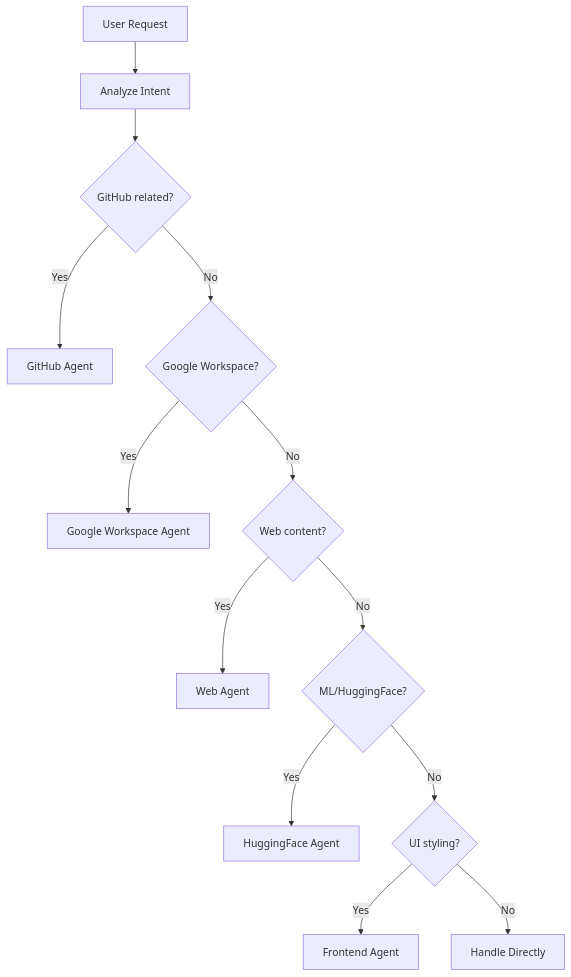
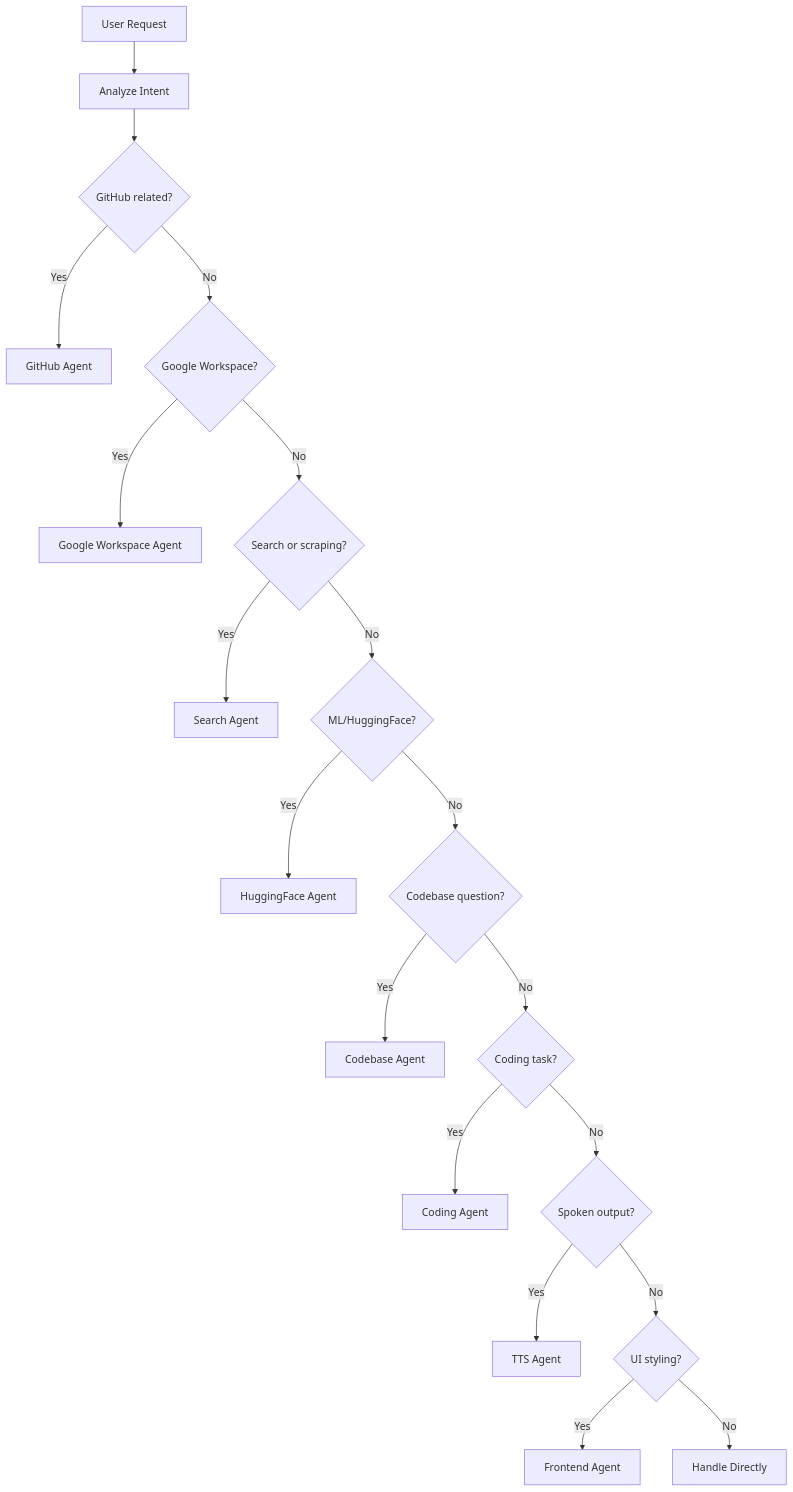
One commit to DeepStackers-Bil496/multi-agent-ai-docs changed the diagram in agents/main-agent.mdx. Above: the diagram before and after it, drawn with Mermaid. The commit also changed other lines of this file and 9 other files, not shown here.

````diff
--- a/agents/main-agent.mdx
+++ b/agents/main-agent.mdx
@@ -48,15 +58,21 @@
 ```mermaid
 flowchart TD
     Request[User Request] --> Analyze[Analyze Intent]
     Analyze --> IsGitHub{GitHub related?}
     IsGitHub -->|Yes| GitHub[GitHub Agent]
     IsGitHub -->|No| IsGoogle{Google Workspace?}
     IsGoogle -->|Yes| Google[Google Workspace Agent]
-    IsGoogle -->|No| IsWeb{Web content?}
-    IsWeb -->|Yes| Web[Web Agent]
-    IsWeb -->|No| IsHF{ML/HuggingFace?}
+    IsGoogle -->|No| IsSearch{Search or scraping?}
+    IsSearch -->|Yes| Search[Search Agent]
+    IsSearch -->|No| IsHF{ML/HuggingFace?}
     IsHF -->|Yes| HF[HuggingFace Agent]
-    IsHF -->|No| IsUI{UI styling?}
+    IsHF -->|No| IsCodebase{Codebase question?}
+    IsCodebase -->|Yes| Codebase[Codebase Agent]
+    IsCodebase -->|No| IsCoding{Coding task?}
+    IsCoding -->|Yes| Coding[Coding Agent]
+    IsCoding -->|No| IsTTS{Spoken output?}
+    IsTTS -->|Yes| TTS[TTS Agent]
+    IsTTS -->|No| IsUI{UI styling?}
     IsUI -->|Yes| Frontend[Frontend Agent]
     IsUI -->|No| Main[Handle Directly]
 ```
````
